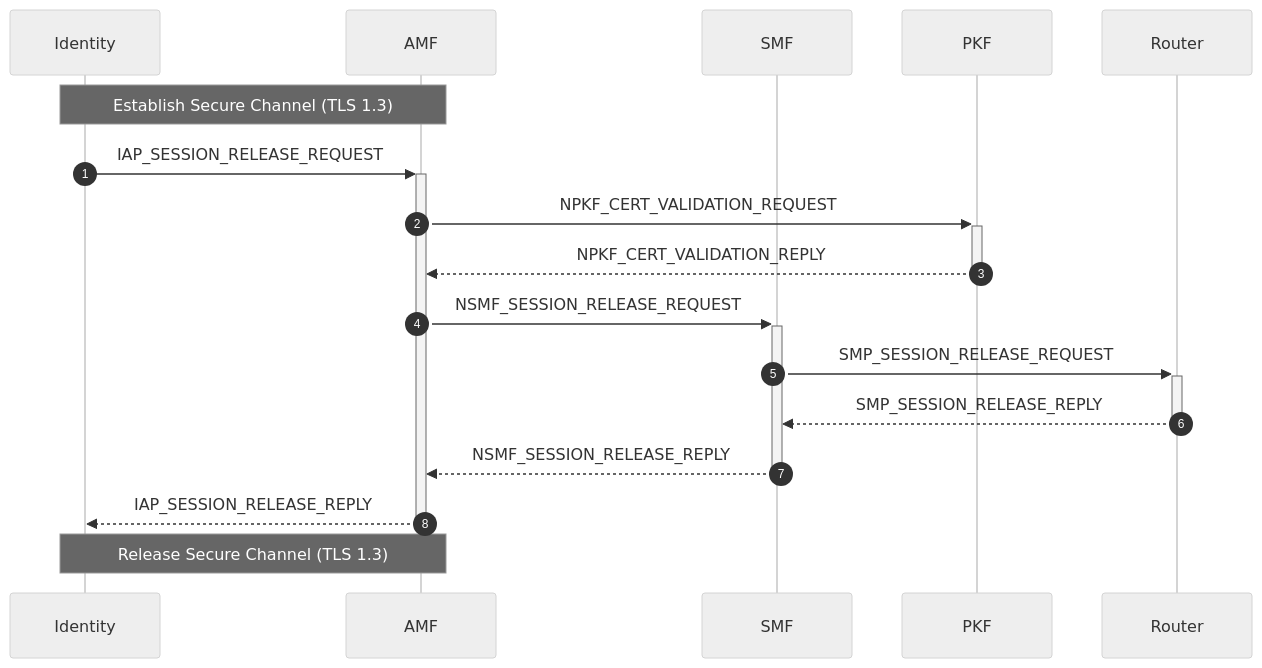
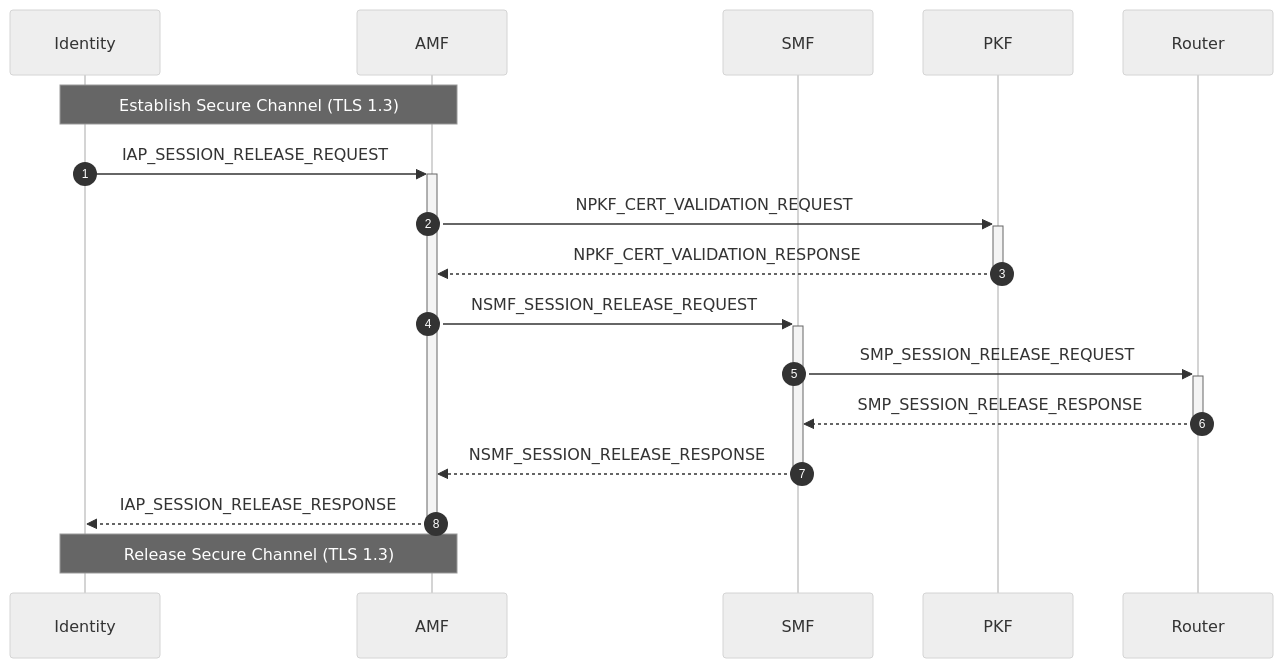
Diagram 13 of 21 in doc/doc-spec/00-series-general/00.002-procedure.md (veil-link/veilink), drawn with Mermaid (neutral theme) before and after one commit. The commit also changed other lines of this file, not shown here.

Commit message:
chore: update reply to response

````diff
--- a/doc/doc-spec/00-series-general/00.002-procedure.md
+++ b/doc/doc-spec/00-series-general/00.002-procedure.md
@@ -308,21 +308,21 @@
 ```mermaid
 sequenceDiagram
     autonumber
 
     participant id as Identity
     participant amf as AMF
     participant smf as SMF
     participant pkf as PKF
     participant rt as Router
 
     Note over id, amf: Establish Secure Channel (TLS 1.3)
     id ->>+ amf: IAP_SESSION_RELEASE_REQUEST
     amf ->>+ pkf: NPKF_CERT_VALIDATION_REQUEST
-    pkf -->>- amf: NPKF_CERT_VALIDATION_REPLY
+    pkf -->>- amf: NPKF_CERT_VALIDATION_RESPONSE
     amf ->>+ smf: NSMF_SESSION_RELEASE_REQUEST
     smf ->>+ rt: SMP_SESSION_RELEASE_REQUEST
-    rt -->>- smf: SMP_SESSION_RELEASE_REPLY
-    smf -->>- amf: NSMF_SESSION_RELEASE_REPLY
-    amf -->>- id: IAP_SESSION_RELEASE_REPLY
+    rt -->>- smf: SMP_SESSION_RELEASE_RESPONSE
+    smf -->>- amf: NSMF_SESSION_RELEASE_RESPONSE
+    amf -->>- id: IAP_SESSION_RELEASE_RESPONSE
     Note over id, amf: Release Secure Channel (TLS 1.3)
 ```
````
